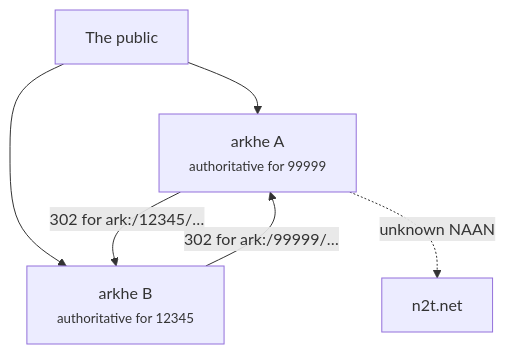
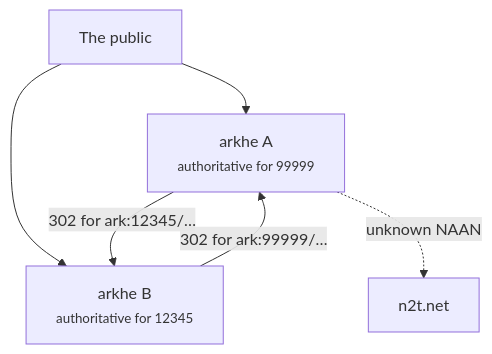
Before and after one commit to RCOSDP/arkhe: the fourth of 14 diagrams in docs/guides/federation.md, drawn with Mermaid. The commit also changed other lines of this file and 75 other files, not shown here.

````diff
--- a/docs/guides/federation.md
+++ b/docs/guides/federation.md
@@ -86,8 +86,8 @@
 ```mermaid
 flowchart TD
     U[The public] --> A["arkhe A<br/><small>authoritative for 99999</small>"]
     U --> B["arkhe B<br/><small>authoritative for 12345</small>"]
-    A -->|"302 for ark:/12345/…"| B
-    B -->|"302 for ark:/99999/…"| A
+    A -->|"302 for ark:12345/…"| B
+    B -->|"302 for ark:99999/…"| A
     A -.->|"unknown NAAN"| N[n2t.net]
 ```
````
